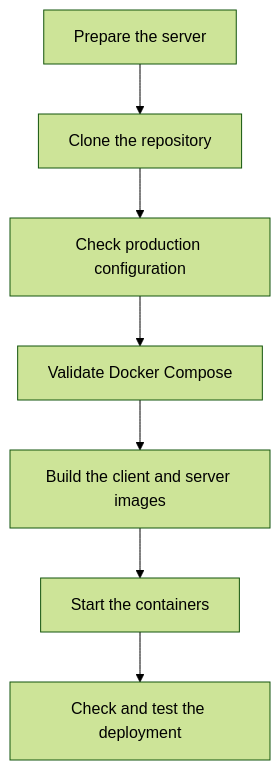
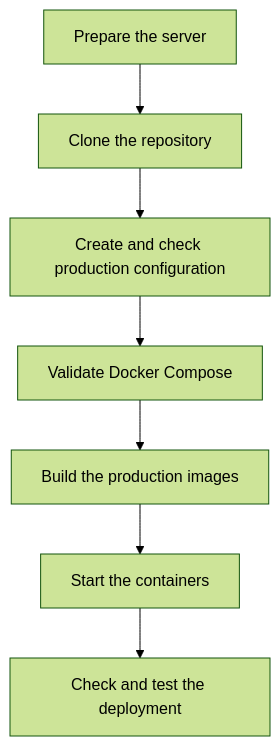
Before and after one commit to Gearsik/madiao: the first of 4 diagrams in docs/runbook/first-time-setup.md, drawn with Mermaid (forest theme). The commit also changed other lines of this file and 16 other files, not shown here.

````diff
--- a/docs/runbook/first-time-setup.md
+++ b/docs/runbook/first-time-setup.md
@@ -22,12 +22,12 @@
 ```mermaid
 flowchart TD
     Prepare["Prepare the server"]
     Clone["Clone the repository"]
-    Config["Check production configuration"]
+    Config["Create and check production configuration"]
     Validate["Validate Docker Compose"]
-    Build["Build the client and server images"]
+    Build["Build the production images"]
     Start["Start the containers"]
     Check["Check and test the deployment"]
 
     Prepare --> Clone --> Config --> Validate --> Build --> Start --> Check
 ```
````
